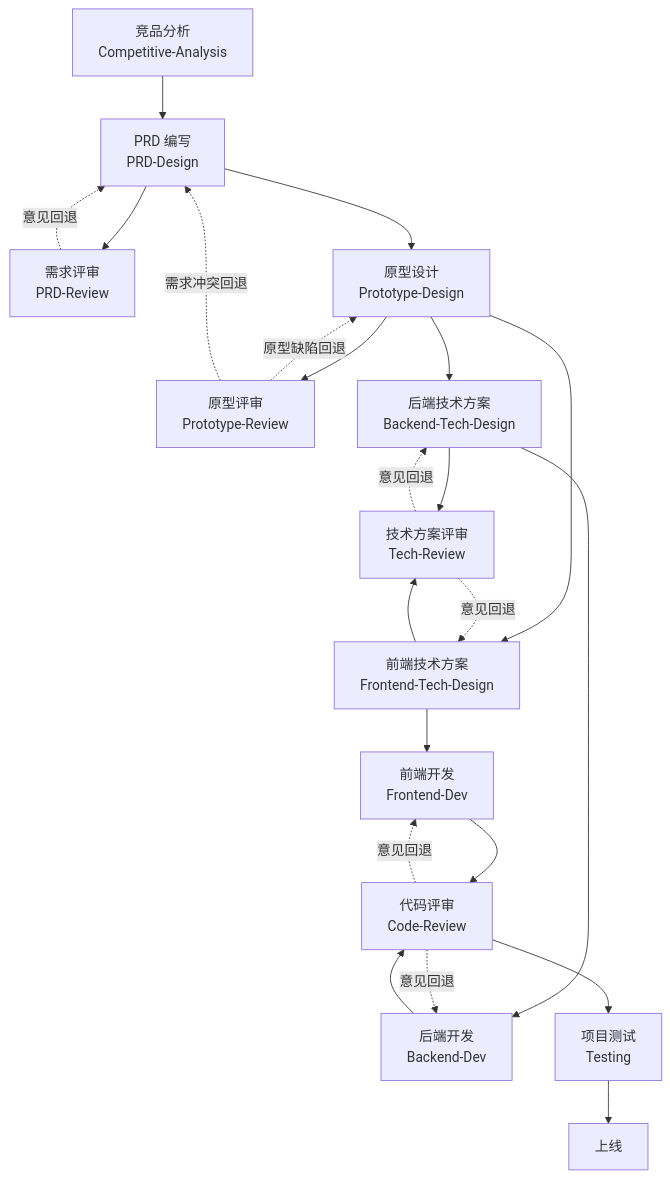
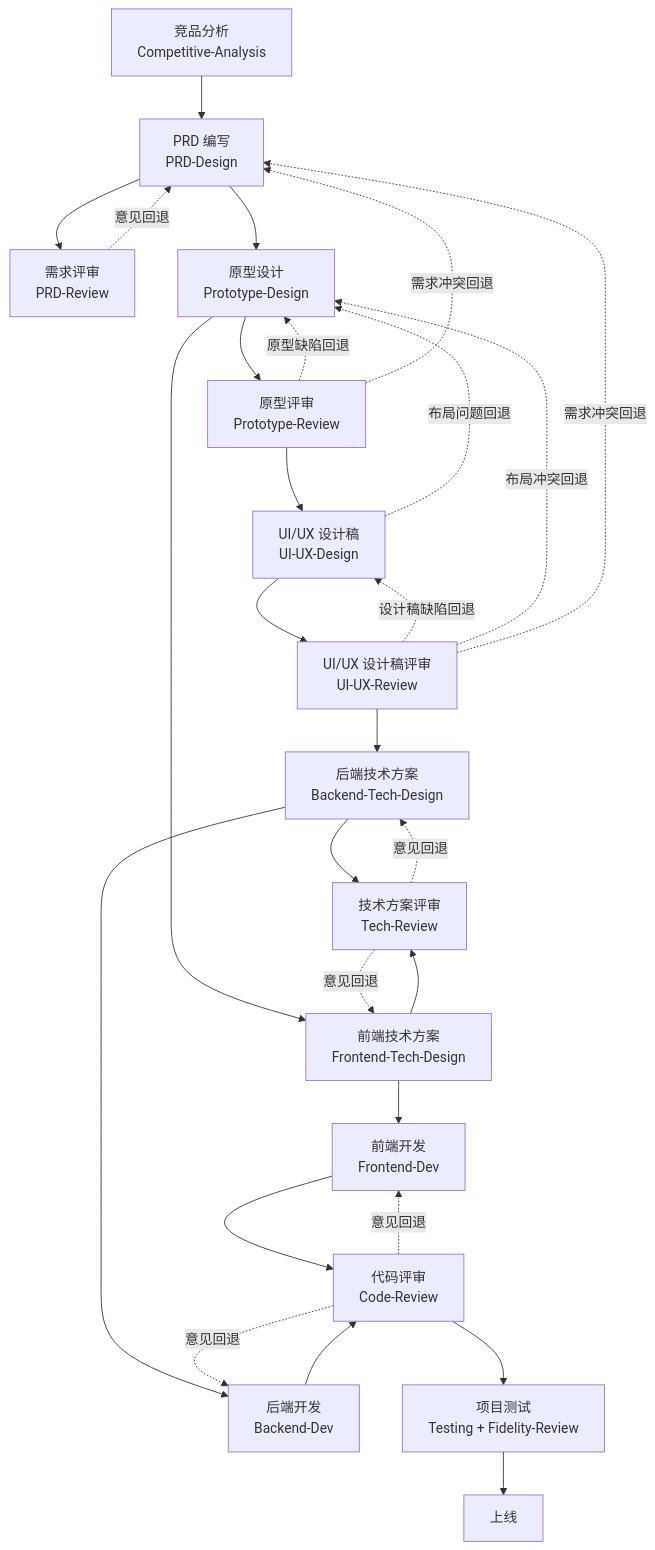
One commit to tengerfly/tenger-skills changed the diagram in README.md. Above: the diagram before and after it, drawn with Mermaid. The commit also changed other lines of this file and 38 other files, not shown here.

````diff
--- a/README.md
+++ b/README.md
@@ -24,24 +26,30 @@
 ```mermaid
 flowchart TD
     CA[竞品分析<br/>Competitive-Analysis] --> PRD[PRD 编写<br/>PRD-Design]
     PRD --> PR[需求评审<br/>PRD-Review]
     PR -. 意见回退 .-> PRD
     PRD --> PT[原型设计<br/>Prototype-Design]
     PT --> PTR[原型评审<br/>Prototype-Review]
     PTR -. 原型缺陷回退 .-> PT
     PTR -. 需求冲突回退 .-> PRD
-    PT --> BTD[后端技术方案<br/>Backend-Tech-Design]
+    PTR --> UID[UI/UX 设计稿<br/>UI-UX-Design]
+    UID -. 布局问题回退 .-> PT
+    UID --> UIR[UI/UX 设计稿评审<br/>UI-UX-Review]
+    UIR -. 设计稿缺陷回退 .-> UID
+    UIR -. 布局冲突回退 .-> PT
+    UIR -. 需求冲突回退 .-> PRD
+    UIR --> BTD[后端技术方案<br/>Backend-Tech-Design]
     PT --> FTD[前端技术方案<br/>Frontend-Tech-Design]
     BTD --> TR[技术方案评审<br/>Tech-Review]
     FTD --> TR
     TR -. 意见回退 .-> BTD
     TR -. 意见回退 .-> FTD
     BTD --> BD[后端开发<br/>Backend-Dev]
     FTD --> FD[前端开发<br/>Frontend-Dev]
     BD --> CR[代码评审<br/>Code-Review]
     FD --> CR
     CR -. 意见回退 .-> BD
     CR -. 意见回退 .-> FD
-    CR --> T[项目测试<br/>Testing]
+    CR --> T[项目测试<br/>Testing + Fidelity-Review]
     T --> DONE[上线]
 ```
````
